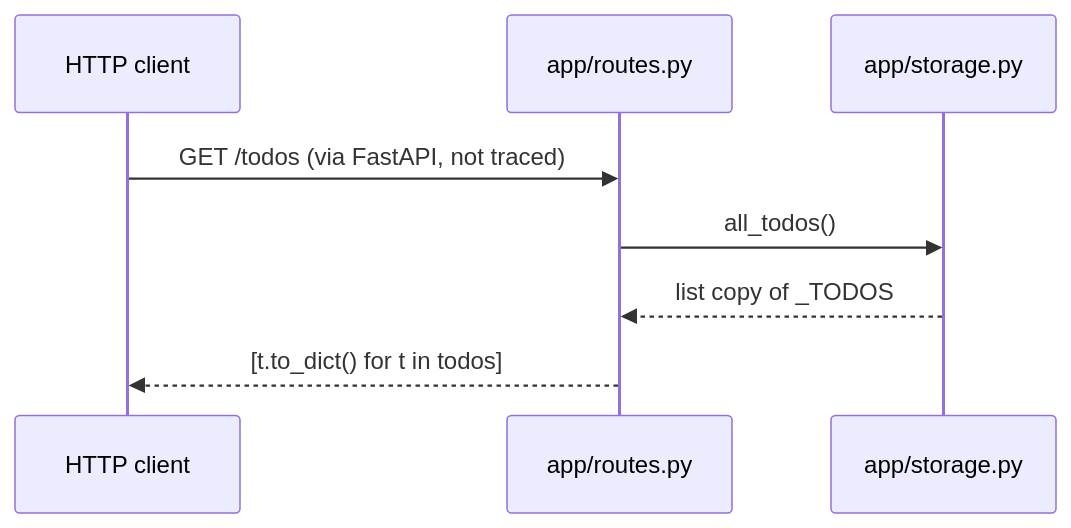
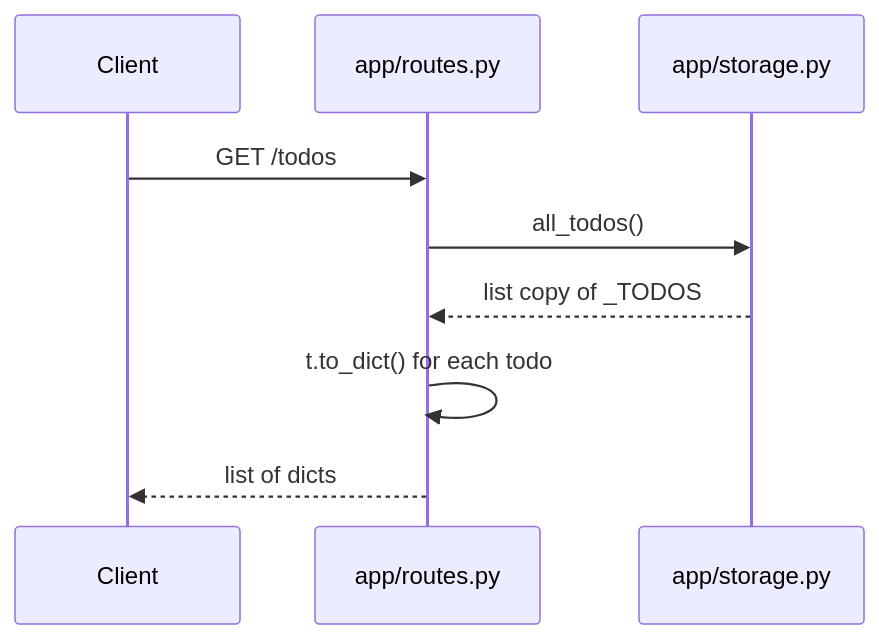
One commit to hxxnn/codemap changed the third of 3 diagrams in examples/python-todo-api/docs/codemap/sequence-flow.md. Above: the diagram before and after it, drawn with Mermaid. The commit also changed other lines of this file and 35 other files, not shown here.

````diff
--- a/examples/python-todo-api/docs/codemap/sequence-flow.md
+++ b/examples/python-todo-api/docs/codemap/sequence-flow.md
@@ -64,10 +66,11 @@
 ```mermaid
 sequenceDiagram
-  participant C as HTTP client
-  participant R as app/routes.py
-  participant S as app/storage.py
-  C->>R: GET /todos (via FastAPI, not traced)
-  R->>S: all_todos()
-  S-->>R: list copy of _TODOS
-  R-->>C: [t.to_dict() for t in todos]
+    participant C as Client
+    participant R as app/routes.py
+    participant S as app/storage.py
+    C->>R: GET /todos
+    R->>S: all_todos()
+    S-->>R: list copy of _TODOS
+    R->>R: t.to_dict() for each todo
+    R-->>C: list of dicts
 ```
````
